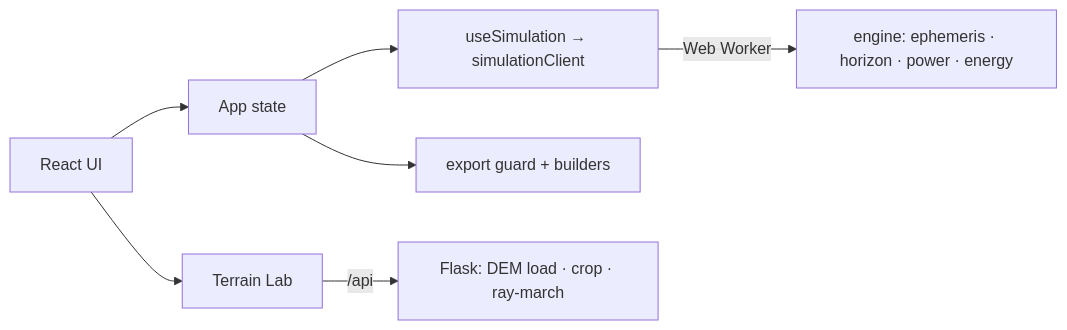
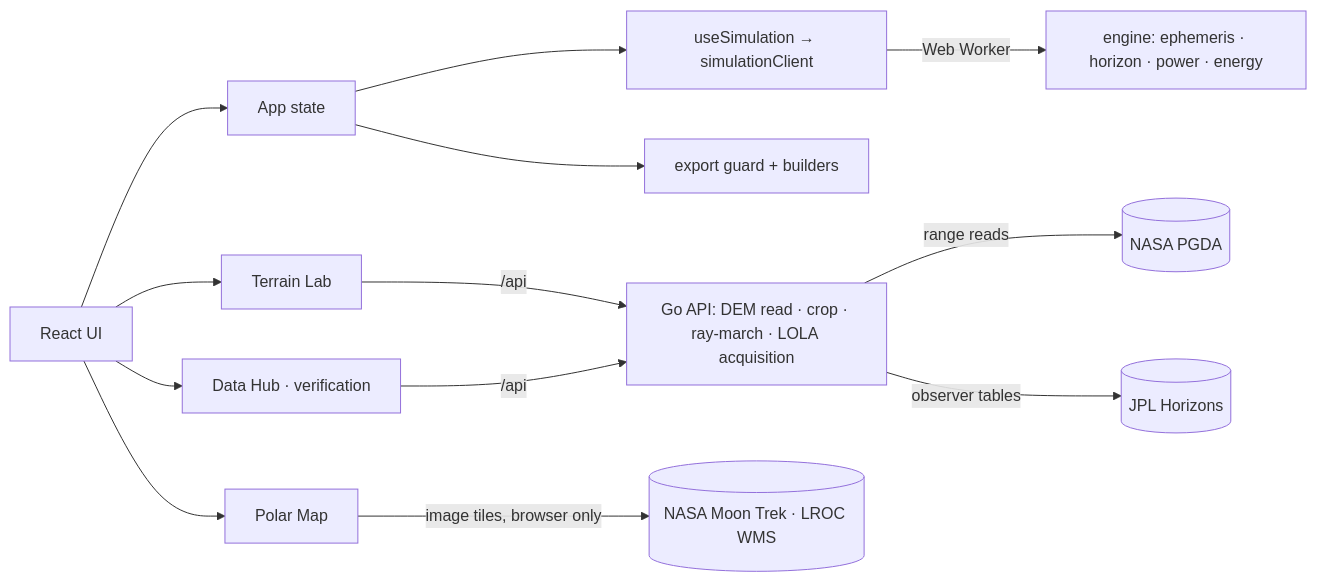
Before and after one commit to Hemansh2633B/Clps-lunar-mission: the diagram in README.md, drawn with Mermaid. The commit also changed other lines of this file and 11 other files, not shown here.

First line of the commit message:
Docs for v1.12: architecture, method, verification, deployment, known issues

````diff
--- a/README.md
+++ b/README.md
@@ -129,9 +180,15 @@
 ```mermaid
 flowchart LR
     UI[React UI] --> App[App state]
     App --> Hook[useSimulation → simulationClient]
     Hook -->|Web Worker| Engine[engine: ephemeris · horizon · power · energy]
     App --> Export[export guard + builders]
     UI --> Terrain[Terrain Lab]
-    Terrain -->|/api| Backend[Flask: DEM load · crop · ray-march]
+    UI --> Hub[Data Hub · verification]
+    UI --> Map[Polar Map]
+    Terrain -->|/api| Backend[Go API: DEM read · crop · ray-march · LOLA acquisition]
+    Hub -->|/api| Backend
+    Backend -->|range reads| PGDA[(NASA PGDA)]
+    Backend -->|observer tables| JPL[(JPL Horizons)]
+    Map -->|image tiles, browser only| Imagery[(NASA Moon Trek · LROC WMS)]
 ```
````
